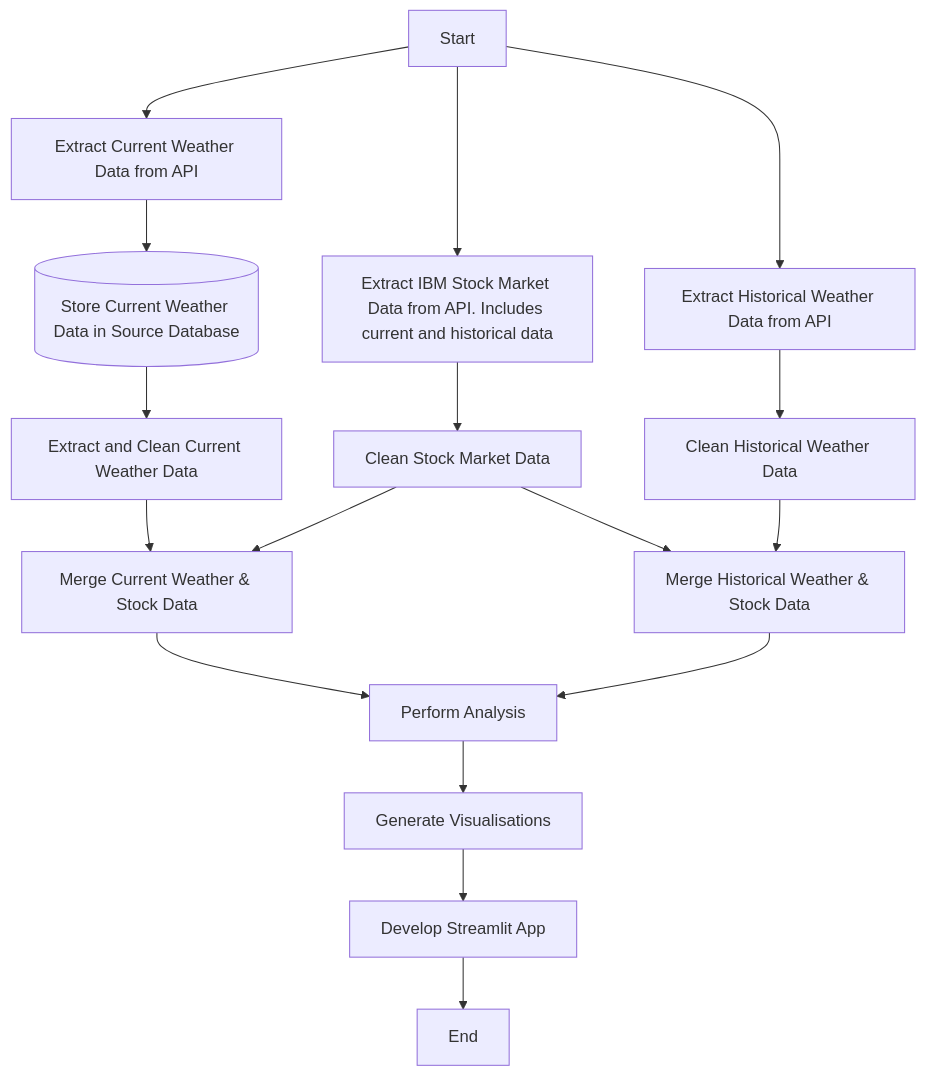
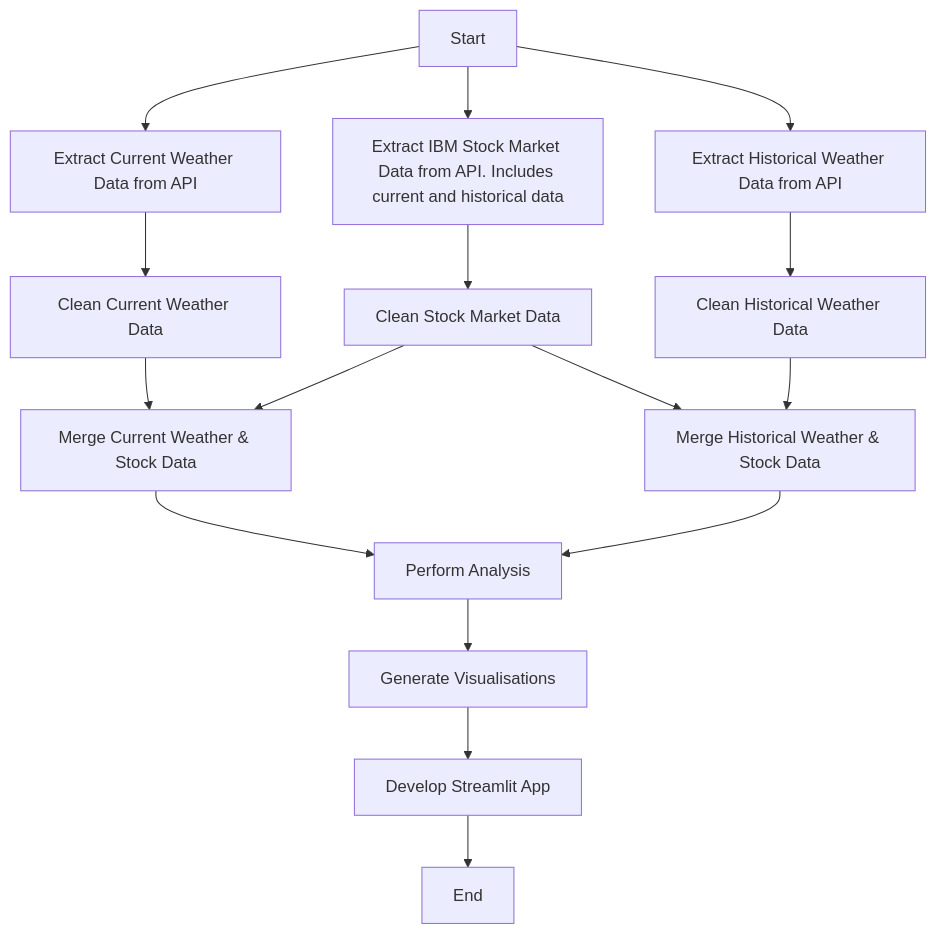
The diagram in README.md (mhussain310/individual-capstone), drawn with Mermaid before and after one commit. The commit also changed other lines of this file and 51 other files, not shown here.

````diff
--- a/README.md
+++ b/README.md
@@ -98,19 +120,18 @@
 ```mermaid
 graph TD;
 A[Start] --> B[Extract Historical Weather Data from API];
 A --> C[Extract IBM Stock Market Data from API. Includes current and historical data];
 A --> X[Extract Current Weather Data from API];
-X --> Y@{shape: cyl, label: "Store Current Weather Data in Source Database"};
-Y --> Z[Extract and Clean Current Weather Data];
+X --> Y[Clean Current Weather Data];
 B --> D[Clean Historical Weather Data];
 C --> E[Clean Stock Market Data];
-Z --> F[Merge Current Weather & Stock Data];
+Y --> F[Merge Current Weather & Stock Data];
 E --> F;
 E --> G;
 D --> G[Merge Historical Weather & Stock Data];
 F --> H[Perform Analysis];
 G --> H;
 H --> I[Generate Visualisations];
 I --> J[Develop Streamlit App];
 J --> K[End];
 ```
````
